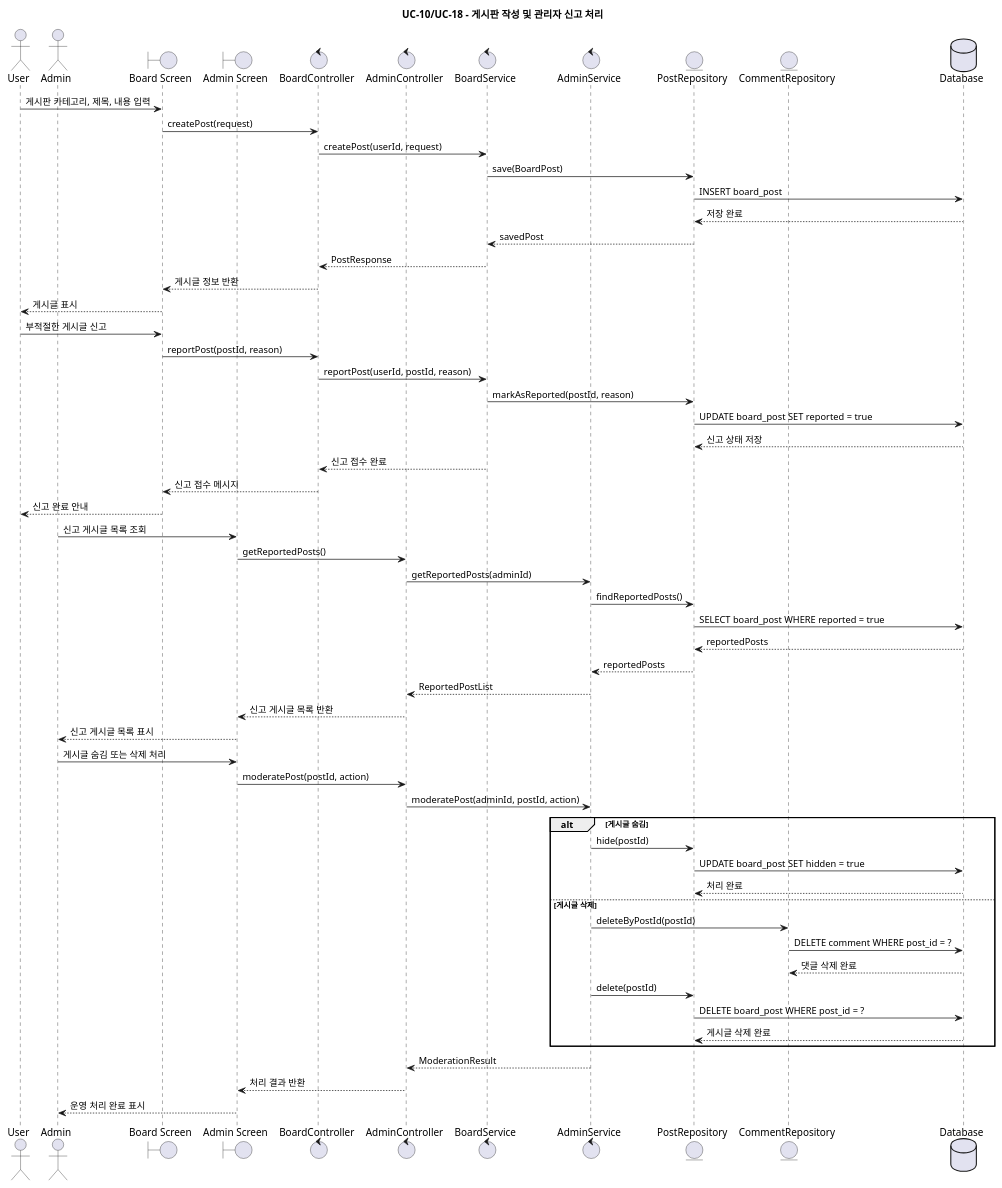
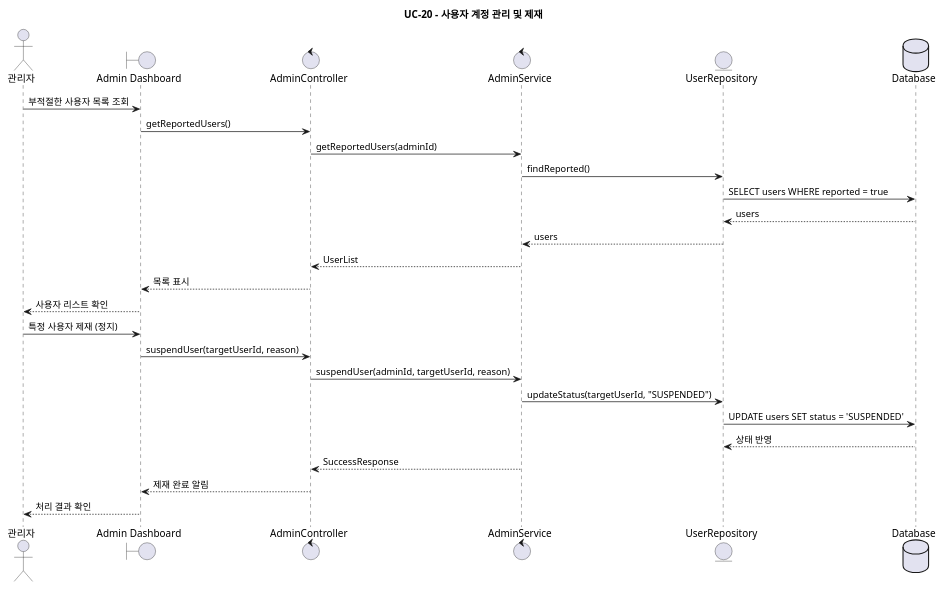
Before and after one commit to jeongiryang/SoftwareEngineering_team15_project_-Smart-Edu-Platform: diagram 15 of 15 in docs/design/plantuml/sequence-diagrams.puml, drawn with PlantUML. The commit also changed other lines of this file and 27 other files, not shown here.

```diff
--- a/docs/design/plantuml/sequence-diagrams.puml
+++ b/docs/design/plantuml/sequence-diagrams.puml
@@ -263,69 +507,31 @@
-@startuml UC10_BoardAndAdmin
-title UC-10/UC-18 - 게시판 작성 및 관리자 신고 처리
+@startuml UC20_UserAccountAdmin
+title UC-20 - 사용자 계정 관리 및 제재
 
-actor "User" as User
-actor "Admin" as Admin
-boundary "Board Screen" as BoardUI
-boundary "Admin Screen" as AdminUI
-control "BoardController" as BoardController
+actor "관리자" as Admin
+boundary "Admin Dashboard" as UI
 control "AdminController" as AdminController
-control "BoardService" as BoardService
 control "AdminService" as AdminService
-entity "PostRepository" as PostRepository
-entity "CommentRepository" as CommentRepository
+entity "UserRepository" as UserRepository
 database "Database" as DB
 
-User -> BoardUI: 게시판 카테고리, 제목, 내용 입력
-BoardUI -> BoardController: createPost(request)
-BoardController -> BoardService: createPost(userId, request)
-BoardService -> PostRepository: save(BoardPost)
-PostRepository -> DB: INSERT board_post
-DB --> PostRepository: 저장 완료
-PostRepository --> BoardService: savedPost
-BoardService --> BoardController: PostResponse
-BoardController --> BoardUI: 게시글 정보 반환
-BoardUI --> User: 게시글 표시
+Admin -> UI: 부적절한 사용자 목록 조회
+UI -> AdminController: getReportedUsers()
+AdminController -> AdminService: getReportedUsers(adminId)
+AdminService -> UserRepository: findReported()
+UserRepository -> DB: SELECT users WHERE reported = true
+DB --> UserRepository: users
+UserRepository --> AdminService: users
+AdminService --> AdminController: UserList
+AdminController --> UI: 목록 표시
+UI --> Admin: 사용자 리스트 확인
 
-User -> BoardUI: 부적절한 게시글 신고
-BoardUI -> BoardController: reportPost(postId, reason)
-BoardController -> BoardService: reportPost(userId, postId, reason)
-BoardService -> PostRepository: markAsReported(postId, reason)
-PostRepository -> DB: UPDATE board_post SET reported = true
-DB --> PostRepository: 신고 상태 저장
-BoardService --> BoardController: 신고 접수 완료
-BoardController --> BoardUI: 신고 접수 메시지
-BoardUI --> User: 신고 완료 안내
-
-Admin -> AdminUI: 신고 게시글 목록 조회
-AdminUI -> AdminController: getReportedPosts()
-AdminController -> AdminService: getReportedPosts(adminId)
-AdminService -> PostRepository: findReportedPosts()
-PostRepository -> DB: SELECT board_post WHERE reported = true
-DB --> PostRepository: reportedPosts
-PostRepository --> AdminService: reportedPosts
-AdminService --> AdminController: ReportedPostList
-AdminController --> AdminUI: 신고 게시글 목록 반환
-AdminUI --> Admin: 신고 게시글 목록 표시
-
-Admin -> AdminUI: 게시글 숨김 또는 삭제 처리
-AdminUI -> AdminController: moderatePost(postId, action)
-AdminController -> AdminService: moderatePost(adminId, postId, action)
-
-alt 게시글 숨김
-  AdminService -> PostRepository: hide(postId)
-  PostRepository -> DB: UPDATE board_post SET hidden = true
-  DB --> PostRepository: 처리 완료
-else 게시글 삭제
-  AdminService -> CommentRepository: deleteByPostId(postId)
-  CommentRepository -> DB: DELETE comment WHERE post_id = ?
-  DB --> CommentRepository: 댓글 삭제 완료
-  AdminService -> PostRepository: delete(postId)
-  PostRepository -> DB: DELETE board_post WHERE post_id = ?
-  DB --> PostRepository: 게시글 삭제 완료
-end
-
-AdminService --> AdminController: ModerationResult
-AdminController --> AdminUI: 처리 결과 반환
-AdminUI --> Admin: 운영 처리 완료 표시
-
+Admin -> UI: 특정 사용자 제재 (정지)
+UI -> AdminController: suspendUser(targetUserId, reason)
+AdminController -> AdminService: suspendUser(adminId, targetUserId, reason)
+AdminService -> UserRepository: updateStatus(targetUserId, "SUSPENDED")
+UserRepository -> DB: UPDATE users SET status = 'SUSPENDED'
+DB --> UserRepository: 상태 반영
+AdminService --> AdminController: SuccessResponse
+AdminController --> UI: 제재 완료 알림
+UI --> Admin: 처리 결과 확인
 @enduml
```
